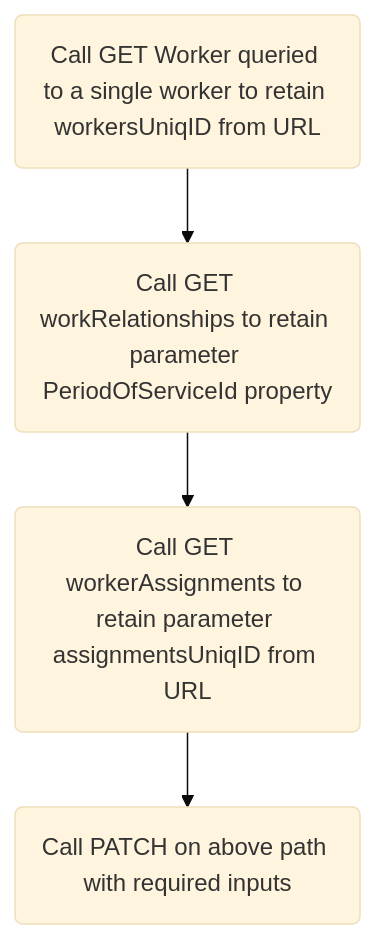
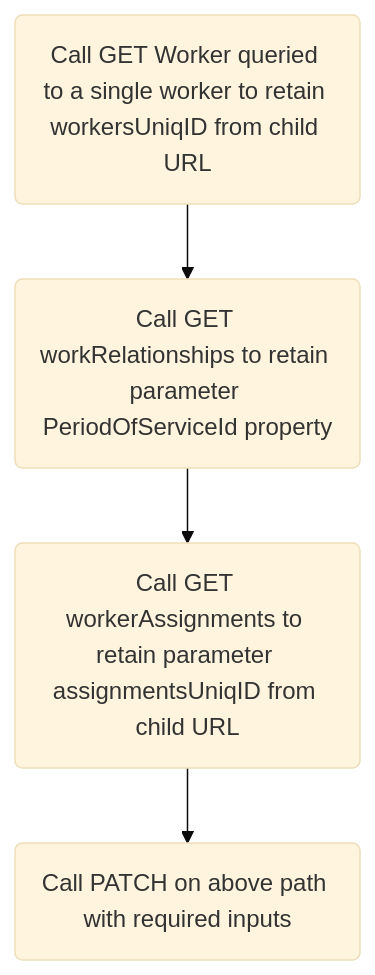
The first of 2 diagrams in docs/02-Use Cases/02-TransferWorker.mdx (ibm-client-engineering/solution-askhr), drawn with Mermaid (base theme) before and after one commit. The commit also changed other lines of this file, not shown here.

````diff
--- a/docs/02-Use Cases/02-TransferWorker.mdx
+++ b/docs/02-Use Cases/02-TransferWorker.mdx
@@ -55,4 +55,4 @@
 ```mermaid
 flowchart
-    A(Call GET Worker queried to a single worker to retain workersUniqID from URL)--> B(Call GET workRelationships to retain parameter PeriodOfServiceId property)-->C(Call GET workerAssignments to retain parameter assignmentsUniqID from URL)-->D(Call PATCH on above path with required inputs)
+    A(Call GET Worker queried to a single worker to retain workersUniqID from child URL)--> B(Call GET workRelationships to retain parameter PeriodOfServiceId property)-->C(Call GET workerAssignments to retain parameter assignmentsUniqID from child URL)-->D(Call PATCH on above path with required inputs)
 ```
````
